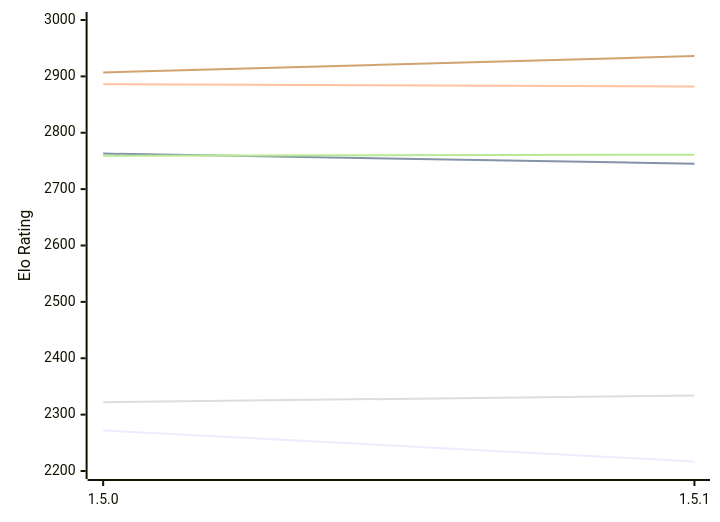
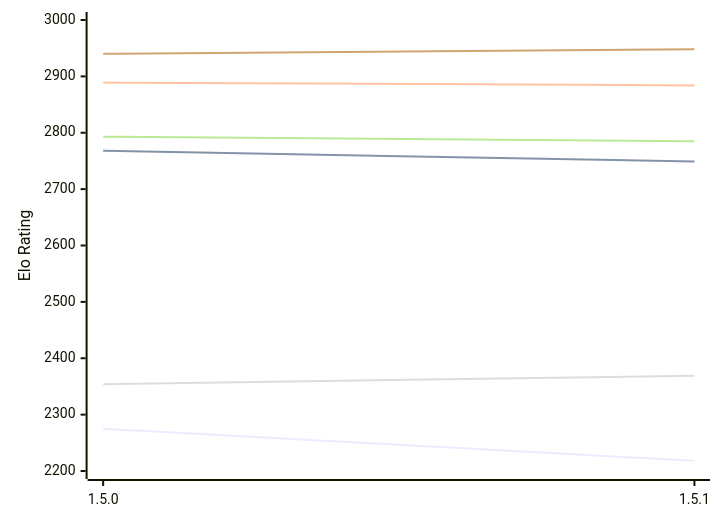
One commit to computer-chess-index/cci changed the first of 2 diagrams in engines/Coco.md. Above: the diagram before and after it, drawn with Mermaid. The commit also changed other lines of this file, not shown here.

Commit message:
Update CCI Ratings (ELO VLTC) - 2026-11-01

````diff
--- a/engines/Coco.md
+++ b/engines/Coco.md
@@ -50,12 +50,12 @@
 ```mermaid
 %%{init: {"theme":"base","themeVariables":{"seriesColors:['#a3a3a3','#222221','#faa371']}}}%%
 xychart-beta
   x-axis ["1.5.0", "1.5.1"]
   y-axis "Elo Rating" 2200 --> 3000
-  line "E1: STC (8.0+0.08s)" [2272, 2217]
-  line "E1: LTC (60.0+0.60s)" [2763, 2745]
-  line "E1: VLTC (2m24s+1.12s)" [2886, 2882]
-  line "P1: STC (8.0+0.08s)" [2322, 2334]
-  line "P1: LTC (60.0+0.60s)" [2759, 2761]
-  line "P1: VLTC (2m24s+1.12s)" [2907, 2936]
+  line "E1: STC (8.0+0.08s)" [2275, 2218]
+  line "E1: LTC (60.0+0.60s)" [2768, 2749]
+  line "E1: VLTC (2m24s+1.12s)" [2889, 2884]
+  line "P1: STC (8.0+0.08s)" [2354, 2369]
+  line "P1: LTC (60.0+0.60s)" [2793, 2785]
+  line "P1: VLTC (2m24s+1.12s)" [2940, 2948]
 ```
````
